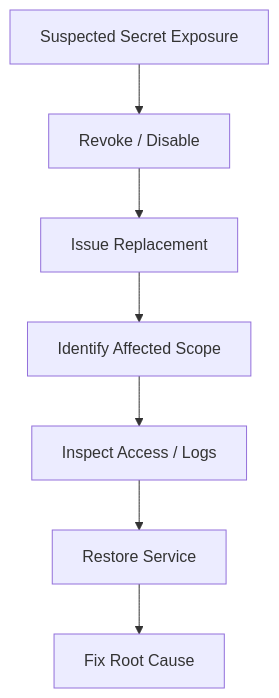
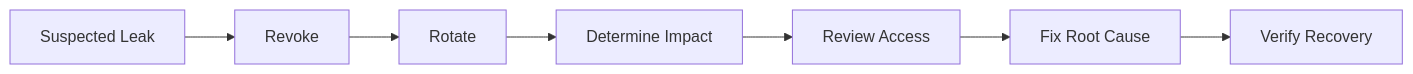
The second of 2 diagrams in docs/security/secrets.md (D-engahmed/OMILINKS), drawn with Mermaid before and after one commit. The commit also changed other lines of this file and 4 other files, not shown here.

```diff
--- a/docs/security/secrets.md
+++ b/docs/security/secrets.md
@@ -156,9 +98,9 @@
 ~~~mermaid
-flowchart TD
-LEAK[Suspected Secret Exposure] --> REVOKE[Revoke / Disable]
-REVOKE --> ROTATE[Issue Replacement]
-ROTATE --> IMPACT[Identify Affected Scope]
-IMPACT --> AUDIT[Inspect Access / Logs]
-AUDIT --> RECOVER[Restore Service]
-RECOVER --> PREVENT[Fix Root Cause]
+flowchart LR
+DETECT[Suspected Leak] --> REVOKE[Revoke]
+REVOKE --> ROTATE[Rotate]
+ROTATE --> SCOPE[Determine Impact]
+SCOPE --> AUDIT[Review Access]
+AUDIT --> PATCH[Fix Root Cause]
+PATCH --> VERIFY[Verify Recovery]
 ~~~
```
